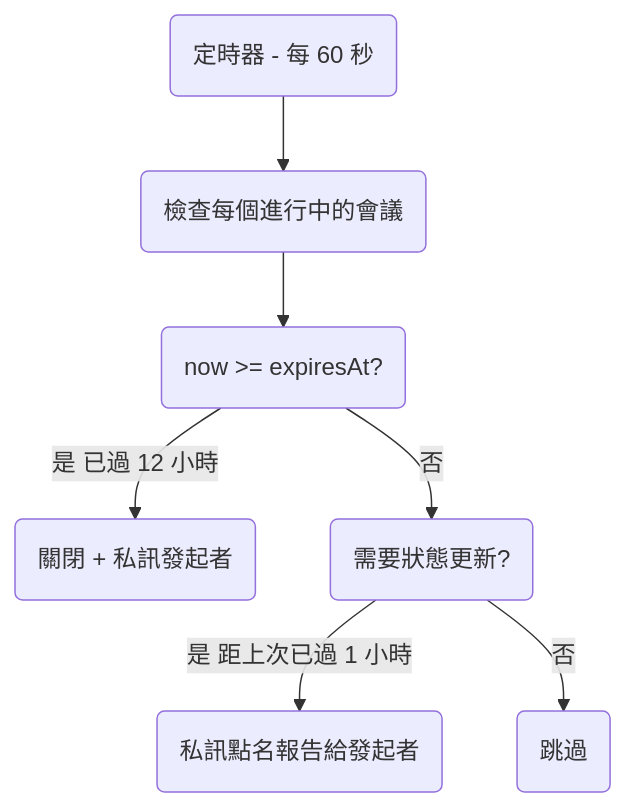
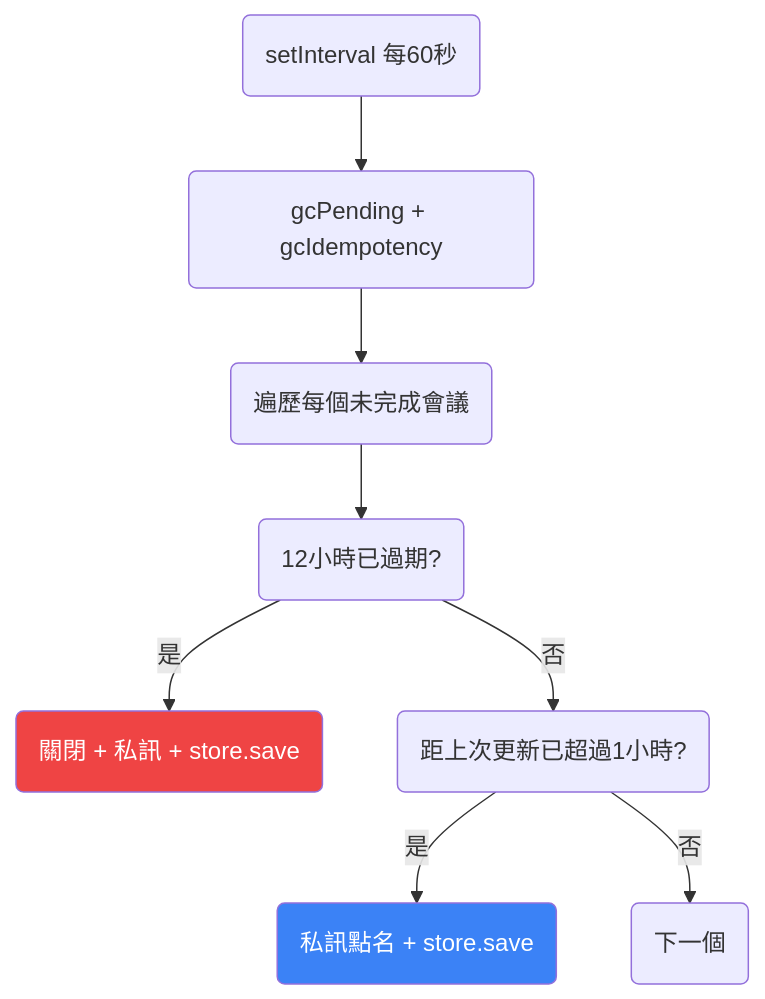
Diagram 12 of 13 in README.zh-TW.md (javana3/claw_meeting_all), drawn with Mermaid before and after one commit. The commit also changed other lines of this file and 4 other files, not shown here.

First line of the commit message:
docs: rewrite all 5 READMEs with detailed Plugin/Skill flow + diff

````diff
--- a/README.zh-TW.md
+++ b/README.zh-TW.md
@@ -157,9 +365,13 @@
 ```mermaid
 graph TD
-    A(定時器 - 每 60 秒) --> B(檢查每個進行中的會議)
-    B --> C(now >= expiresAt?)
-    C -->|是 已過 12 小時| D(關閉 + 私訊發起者)
-    C -->|否| E(需要狀態更新?)
-    E -->|是 距上次已過 1 小時| F(私訊點名報告給發起者)
-    E -->|否| G(跳過)
+    TICK(setInterval 每60秒) --> GC(gcPending + gcIdempotency)
+    GC --> LOOP(遍歷每個未完成會議)
+    LOOP --> EXP(12小時已過期?)
+    EXP -->|是| CLOSE(關閉 + 私訊 + store.save)
+    EXP -->|否| STATUS(距上次更新已超過1小時?)
+    STATUS -->|是| DM(私訊點名 + store.save)
+    STATUS -->|否| NEXT(下一個)
+
+    style CLOSE fill:#ef4444,color:#fff
+    style DM fill:#3b82f6,color:#fff
 ```
````
